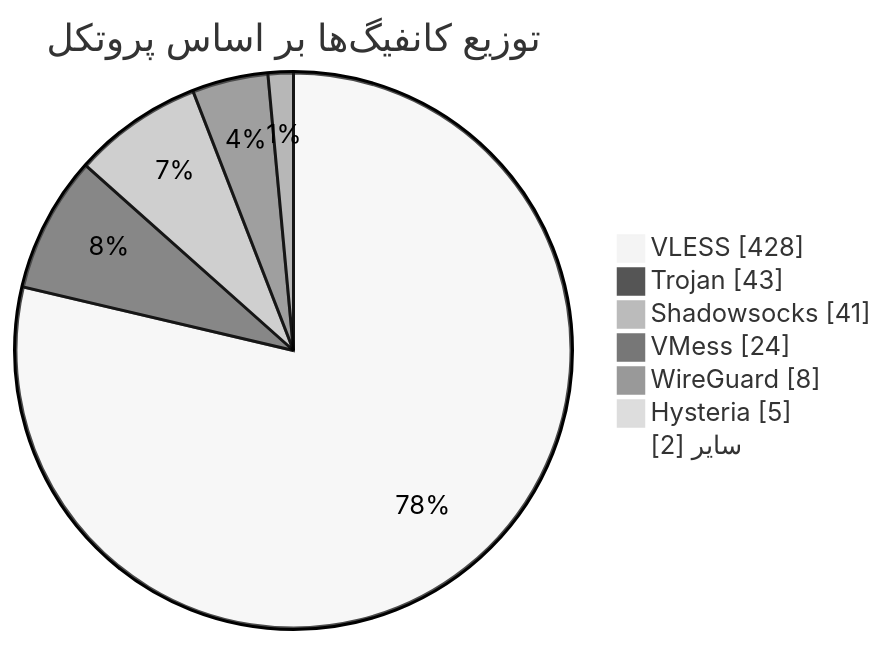
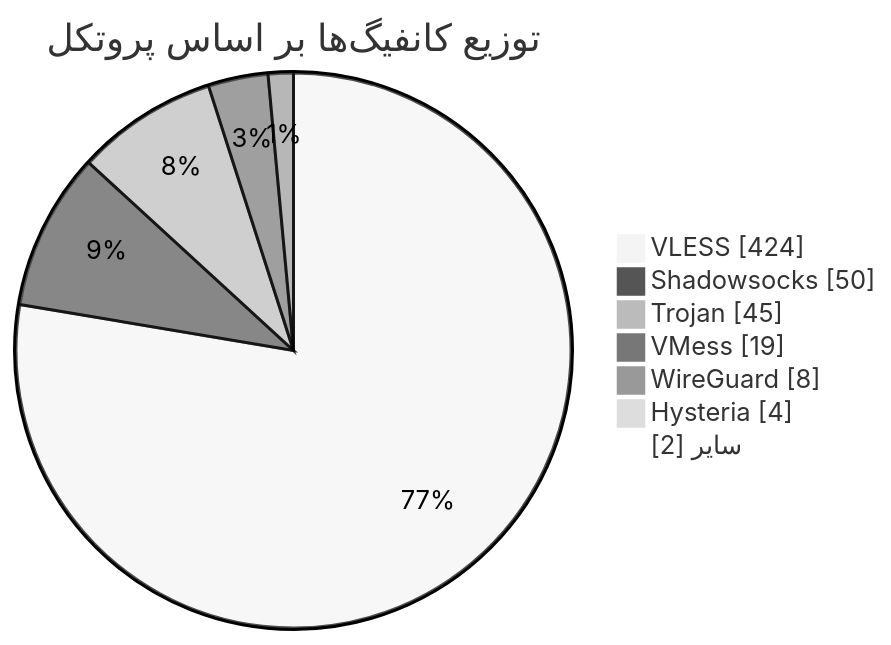
The diagram in README.md (Arian-Alijani/Somthing), drawn with Mermaid (neutral theme) before and after one commit. The commit also changed other lines of this file and 67 other files, not shown here.

````diff
--- a/README.md
+++ b/README.md
@@ -49,11 +49,11 @@
 ```mermaid
 pie showData
     title توزیع کانفیگ‌ها بر اساس پروتکل
-    "VLESS" : 428
-    "Trojan" : 43
-    "Shadowsocks" : 41
-    "VMess" : 24
+    "VLESS" : 424
+    "Shadowsocks" : 50
+    "Trojan" : 45
+    "VMess" : 19
     "WireGuard" : 8
-    "Hysteria" : 5
+    "Hysteria" : 4
     "سایر" : 2
 ```
````
